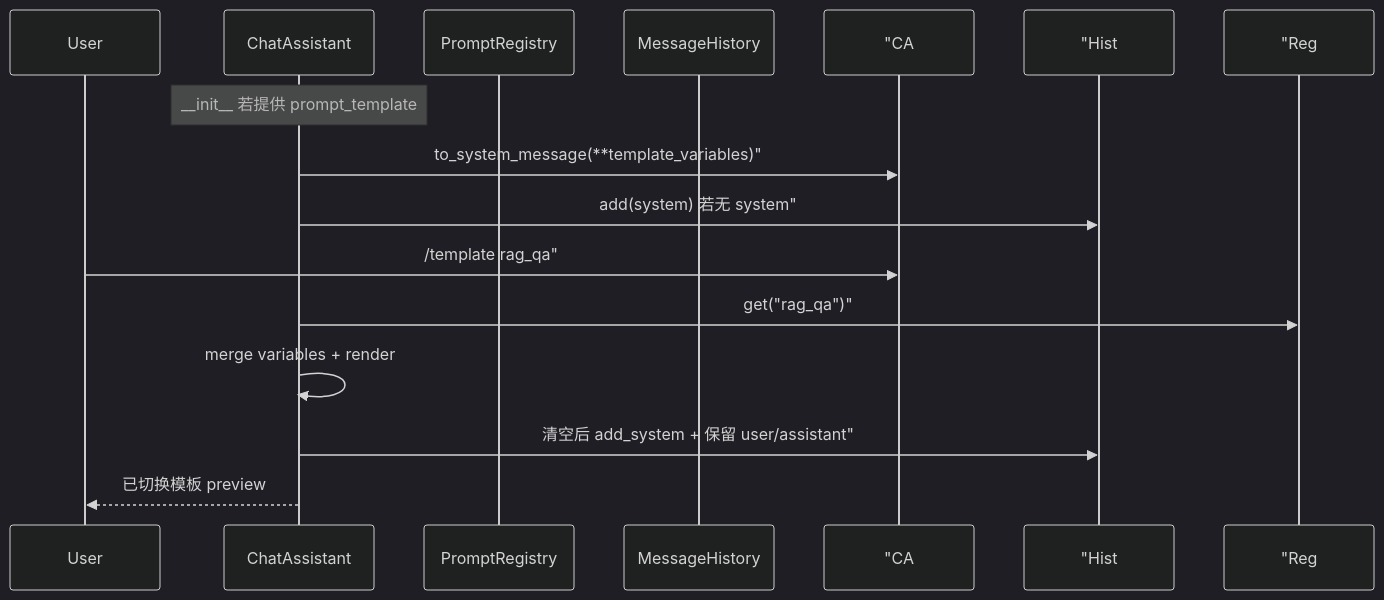
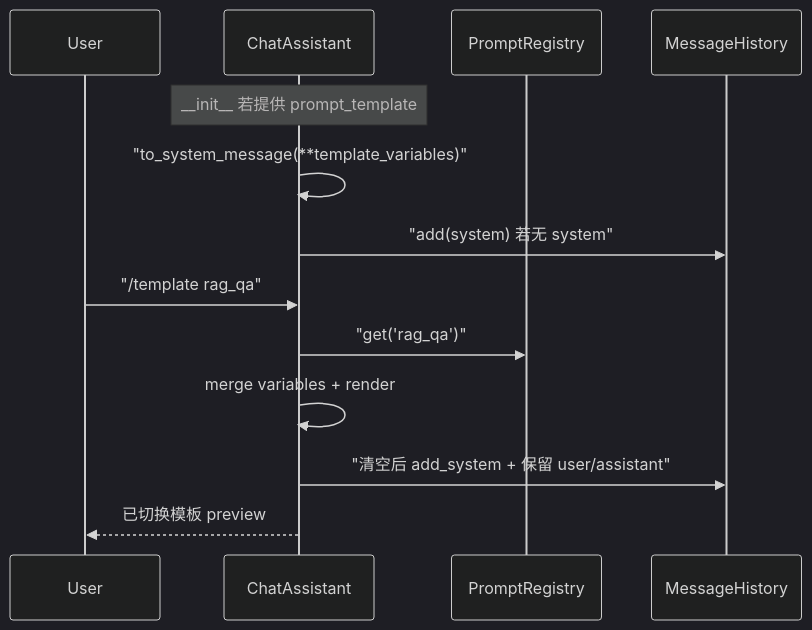
Before and after one commit to ab6539763/70_days_course_plus: the third of 4 diagrams in course/day17/03_架构设计.md, drawn with Mermaid (dark theme). The commit also changed other lines of this file and 80 other files, not shown here.

First line of the commit message:
fix(course): 修复 Mermaid 图表渲染报错 + 同步嵌入代码快照

````diff
--- a/course/day17/03_架构设计.md
+++ b/course/day17/03_架构设计.md
@@ -77,17 +77,17 @@
 ```mermaid
 sequenceDiagram
     participant User
     participant CA as ChatAssistant
     participant Reg as PromptRegistry
     participant Hist as MessageHistory
 
     Note over CA: __init__ 若提供 prompt_template
-    CA->> "CA: to_system_message(**template_variables)"
-    CA->> "Hist: add(system) 若无 system"
+    CA->>CA: "to_system_message(**template_variables)"
+    CA->>Hist: "add(system) 若无 system"
 
-    User->> "CA: /template rag_qa"
-    CA->> "Reg: get("rag_qa")"
+    User->>CA: "/template rag_qa"
+    CA->>Reg: "get('rag_qa')"
     CA->>CA: merge variables + render
-    CA->> "Hist: 清空后 add_system + 保留 user/assistant"
+    CA->>Hist: "清空后 add_system + 保留 user/assistant"
     CA-->>User: 已切换模板 preview
 ```
````
